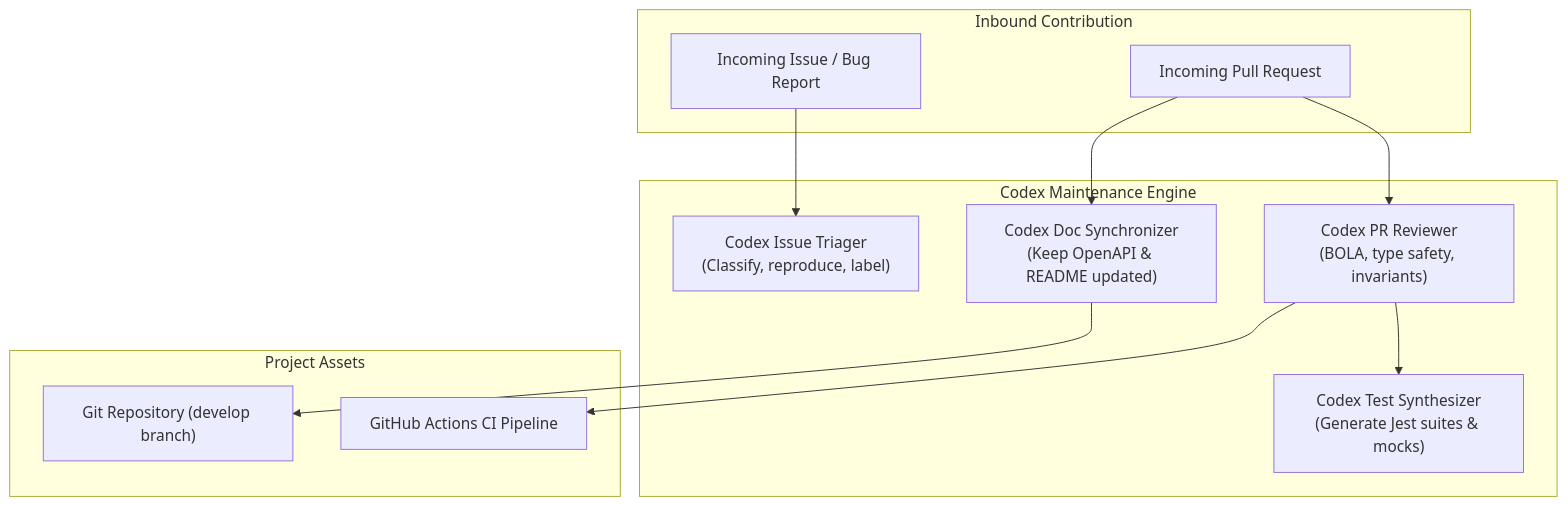
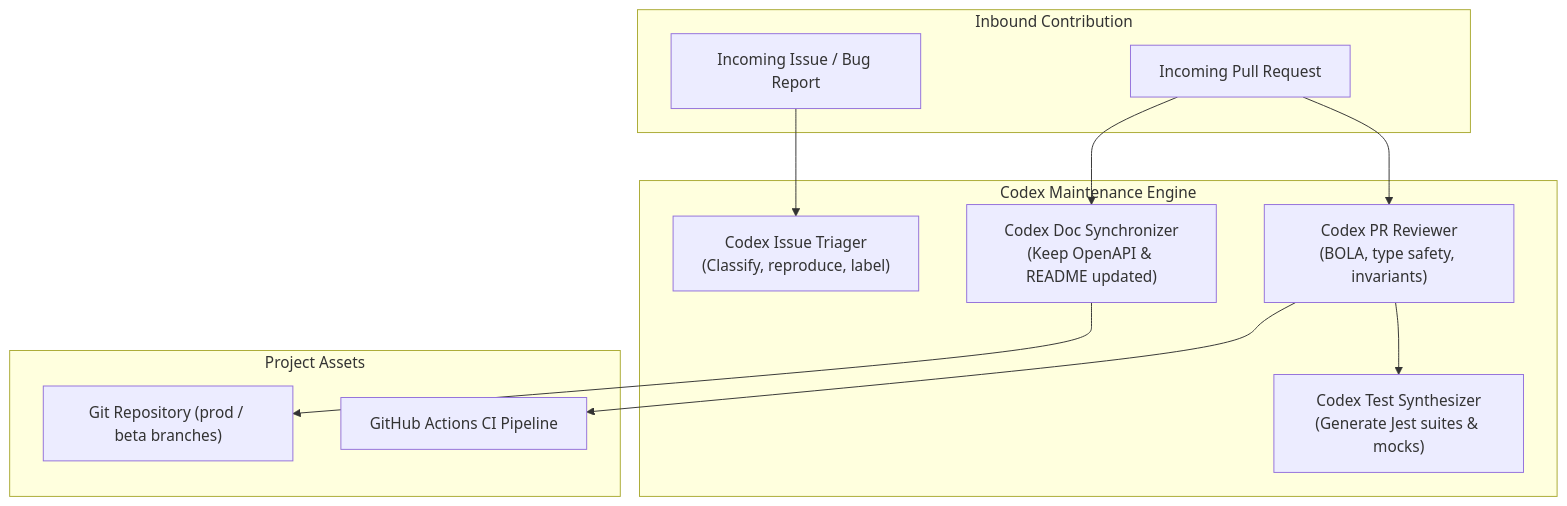
Before and after one commit to abhayksingh614/chargemesh-app: the diagram in docs/OPENAI_CODEX_OSS_READINESS/CODEX_INTEGRATION_STRATEGY.md, drawn with Mermaid. The commit also changed 19 other files, not shown here.

Commit message:
chore(git): establish prod and beta branching model and align CI/CD workflows

````diff
--- a/docs/OPENAI_CODEX_OSS_READINESS/CODEX_INTEGRATION_STRATEGY.md
+++ b/docs/OPENAI_CODEX_OSS_READINESS/CODEX_INTEGRATION_STRATEGY.md
@@ -19,26 +19,26 @@
 ```mermaid
 graph TD
     subgraph Inbound Contribution
         PR["Incoming Pull Request"]
         Issue["Incoming Issue / Bug Report"]
     end
 
     subgraph Codex Maintenance Engine
         TriageAgent["Codex Issue Triager<br/>(Classify, reproduce, label)"]
         ReviewAgent["Codex PR Reviewer<br/>(BOLA, type safety, invariants)"]
         TestAgent["Codex Test Synthesizer<br/>(Generate Jest suites & mocks)"]
         DocAgent["Codex Doc Synchronizer<br/>(Keep OpenAPI & README updated)"]
     end
 
     subgraph Project Assets
-        Repo["Git Repository (develop branch)"]
+        Repo["Git Repository (prod / beta branches)"]
         CI["GitHub Actions CI Pipeline"]
     end
 
     Issue --> TriageAgent
     PR --> ReviewAgent
     ReviewAgent --> TestAgent
     PR --> DocAgent
     ReviewAgent --> CI
     DocAgent --> Repo
 ```
````
